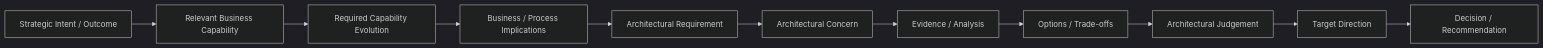
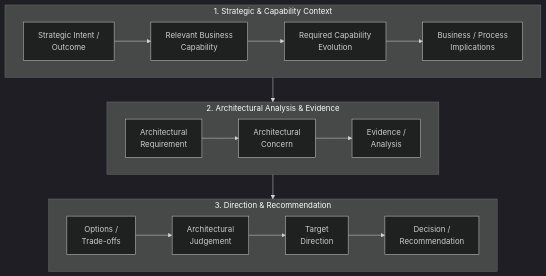
Diagram 14 of 16 in docs/sop/02-target-architecture.md (avfranco-br/portfolio), drawn with Mermaid (dark theme) before and after one commit. The commit also changed other lines of this file and 10 other files, not shown here.

Commit message:
Refactor Mermaid diagrams across SOP and methods documentation for legibility

````diff
--- a/docs/sop/02-target-architecture.md
+++ b/docs/sop/02-target-architecture.md
@@ -1875,24 +1902,25 @@
 ```mermaid
-flowchart LR
-    A["Strategic Intent / Outcome"]
-    B["Relevant Business Capability"]
-    C["Required Capability Evolution"]
-    D["Business / Process Implications"]
-    E["Architectural Requirement"]
-    F["Architectural Concern"]
-    G["Evidence / Analysis"]
-    H["Options / Trade-offs"]
-    I["Architectural Judgement"]
-    J["Target Direction"]
-    K["Decision / Recommendation"]
-    A --> B
-    B --> C
-    C --> D
+flowchart TD
+    subgraph S1["1. Strategic & Capability Context"]
+        direction LR
+        A["Strategic Intent /<br/>Outcome"] --> B["Relevant Business<br/>Capability"]
+        B --> C["Required Capability<br/>Evolution"]
+        C --> D["Business / Process<br/>Implications"]
+    end
+
+    subgraph S2["2. Architectural Analysis & Evidence"]
+        direction LR
+        E["Architectural<br/>Requirement"] --> F["Architectural<br/>Concern"]
+        F --> G["Evidence /<br/>Analysis"]
+    end
+
+    subgraph S3["3. Direction & Recommendation"]
+        direction LR
+        H["Options /<br/>Trade-offs"] --> I["Architectural<br/>Judgement"]
+        I --> J["Target<br/>Direction"]
+        J --> K["Decision /<br/>Recommendation"]
+    end
+
     D --> E
-    E --> F
-    F --> G
     G --> H
-    H --> I
-    I --> J
-    J --> K
 ```
````
